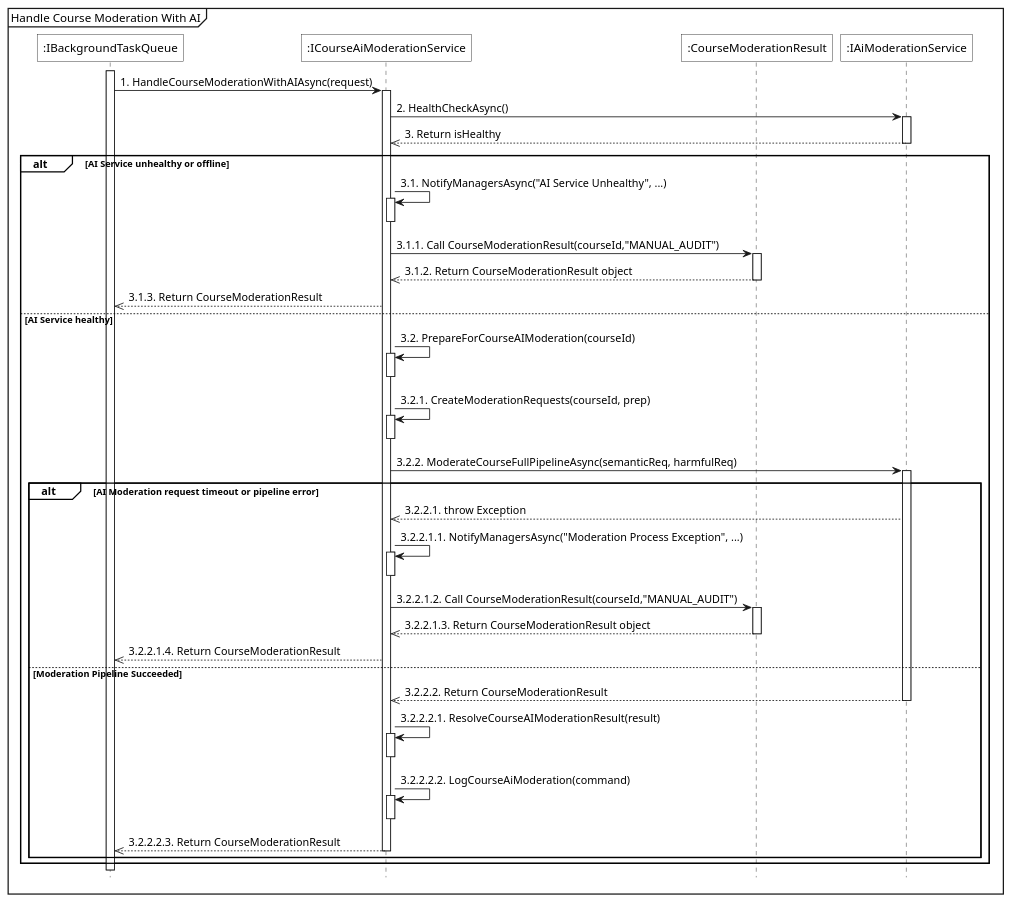
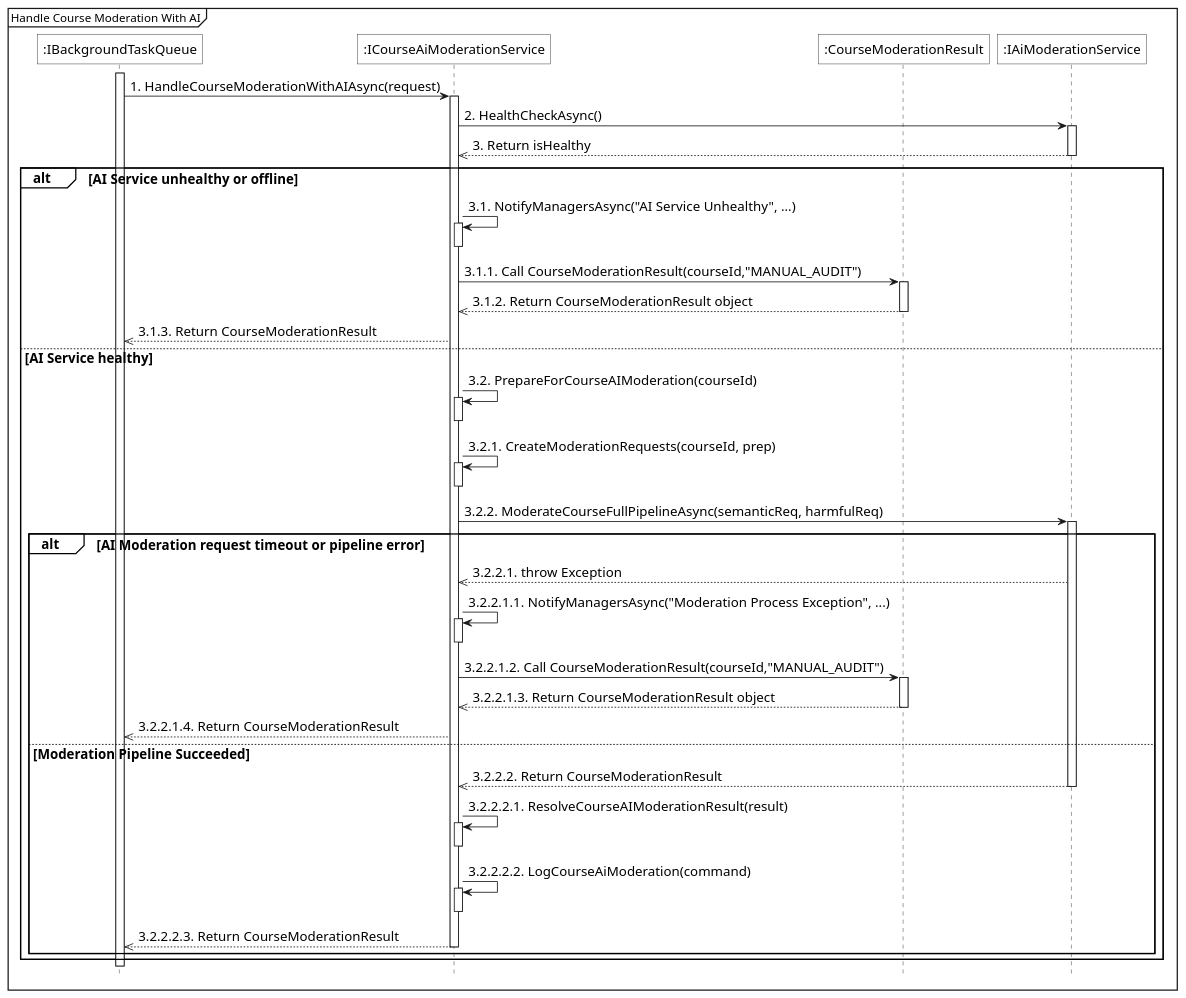
The diagram in diagrams/sequence_renumbered/publish_course/sq_handle_course_moderation_with_ai.plantuml (1000do/Linked), drawn with PlantUML before and after one commit. The commit also changed 217 other files, not shown here.

Commit message:
sequence renumbered

```diff
--- a/diagrams/sequence_renumbered/publish_course/sq_handle_course_moderation_with_ai.plantuml
+++ b/diagrams/sequence_renumbered/publish_course/sq_handle_course_moderation_with_ai.plantuml
@@ -1,70 +1,77 @@
 @startuml
 <style>
     sequenceDiagram{
+        FontSize 16
+
+        arrow {
+            ' Set the maximum width of the text on arrows
+            MaximumWidth 300
+
+        }
         actor{
             BackgroundColor white
             LineThickness 1.0
         }
         participant{
             BackgroundColor white
             RoundCorner 0
         }
         database{
             BackgroundColor white
         }
         groupHeader{
             BackgroundColor white
         }
         referenceHeader{
             BackgroundColor white
         }
         reference{
             BackgroundColor white
         }
     }
 </style>
 
 hide footbox
 mainframe Handle Course Moderation With AI
 
 participant ":IBackgroundTaskQueue" as queue
 participant ":ICourseAiModerationService" as sv
 participant ":CourseModerationResult" as res
 participant ":IAiModerationService" as ai_sv
 
 queue ++
 queue -> sv++:1. HandleCourseModerationWithAIAsync(request)
 sv -> ai_sv++:2. HealthCheckAsync()
 ai_sv -->> sv--:3. Return isHealthy
 
 alt AI Service unhealthy or offline
     sv -> sv++:3.1. NotifyManagersAsync("AI Service Unhealthy", ...)
     sv--
     sv -> res++:3.1.1. Call CourseModerationResult(courseId,"MANUAL_AUDIT")
     res -->> sv--:3.1.2. Return CourseModerationResult object
     sv -->> queue:3.1.3. Return CourseModerationResult
 else AI Service healthy
     sv -> sv++:3.2. PrepareForCourseAIModeration(courseId)
     sv--
     sv -> sv++:3.2.1. CreateModerationRequests(courseId, prep)
     sv--
     sv -> ai_sv++:3.2.2. ModerateCourseFullPipelineAsync(semanticReq, harmfulReq)
     
 alt AI Moderation request timeout or pipeline error
         ai_sv -->> sv:3.2.2.1. throw Exception
         sv -> sv++:3.2.2.1.1. NotifyManagersAsync("Moderation Process Exception", ...)
         sv--
         sv -> res++:3.2.2.1.2. Call CourseModerationResult(courseId,"MANUAL_AUDIT")
         res -->> sv--:3.2.2.1.3. Return CourseModerationResult object
         sv -->> queue:3.2.2.1.4. Return CourseModerationResult
 else Moderation Pipeline Succeeded
         ai_sv -->> sv--:3.2.2.2. Return CourseModerationResult
         sv -> sv++:3.2.2.2.1. ResolveCourseAIModerationResult(result)
         sv--
         sv -> sv++:3.2.2.2.2. LogCourseAiModeration(command)
         sv--
         sv -->> queue--:3.2.2.2.3. Return CourseModerationResult
 end
 end
 
 @enduml
```
